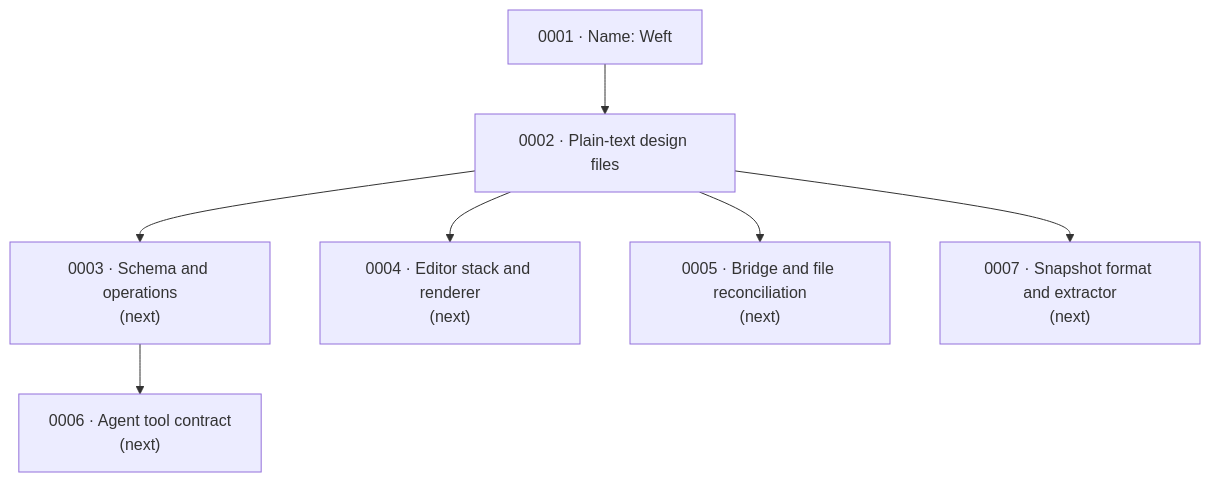
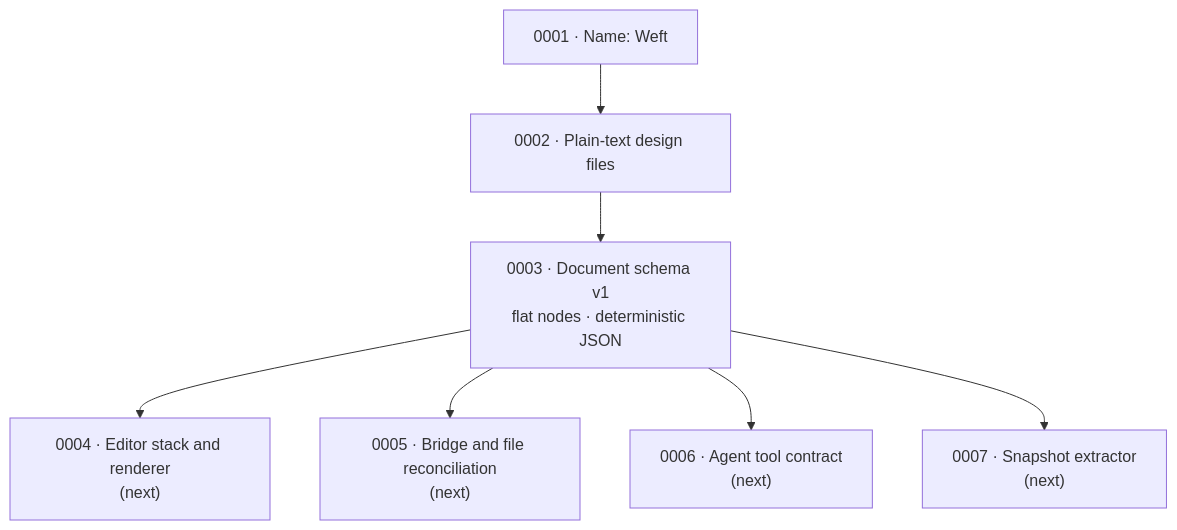
The diagram in docs/decisions/README.md (Pranesh-Selvaraj/Weft), drawn with Mermaid before and after one commit. The commit also changed other lines of this file and 31 other files, not shown here.

````diff
--- a/docs/decisions/README.md
+++ b/docs/decisions/README.md
@@ -25,9 +26,9 @@
 ```mermaid
 graph TD
     A["0001 · Name: Weft"] --> B["0002 · Plain-text design files"]
-    B --> C["0003 · Schema and operations<br/>(next)"]
-    B --> D["0004 · Editor stack and renderer<br/>(next)"]
-    B --> E["0005 · Bridge and file reconciliation<br/>(next)"]
+    B --> C["0003 · Document schema v1<br/>flat nodes · deterministic JSON"]
+    C --> D["0004 · Editor stack and renderer<br/>(next)"]
+    C --> E["0005 · Bridge and file reconciliation<br/>(next)"]
     C --> F["0006 · Agent tool contract<br/>(next)"]
-    B --> G["0007 · Snapshot format and extractor<br/>(next)"]
+    C --> G["0007 · Snapshot extractor<br/>(next)"]
 ```
````
